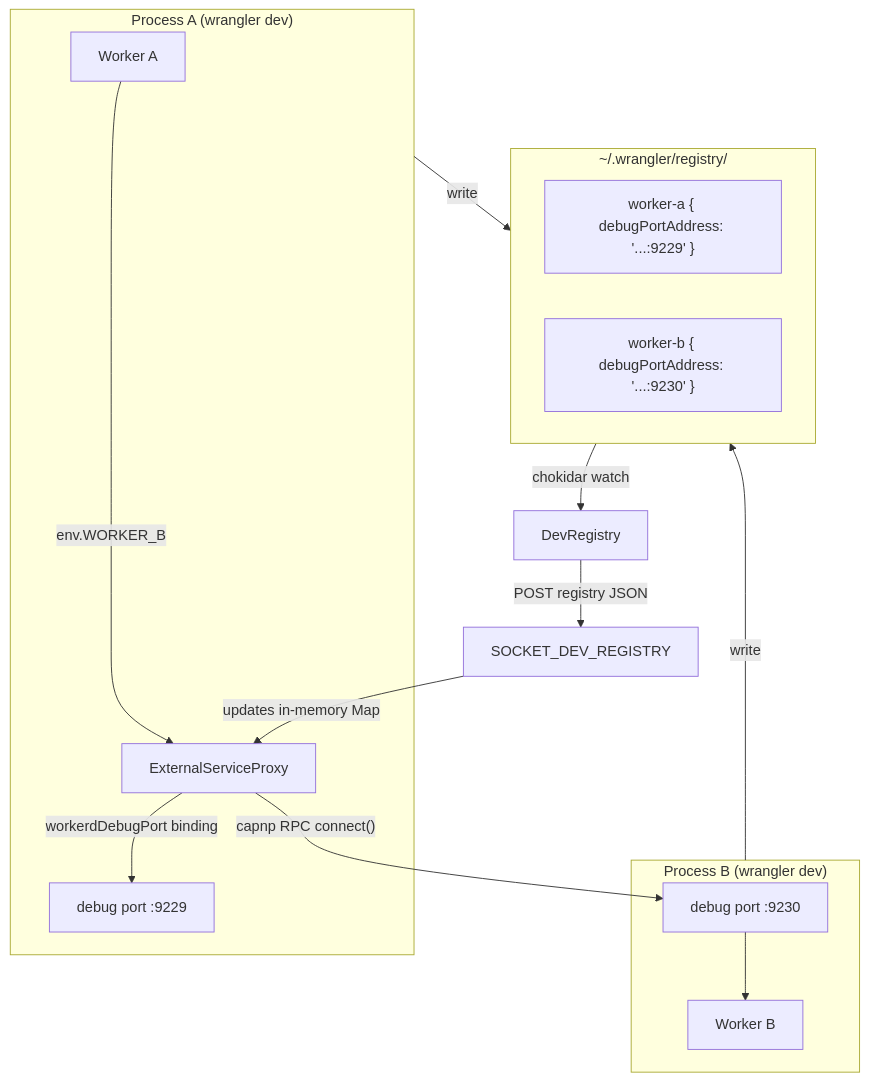
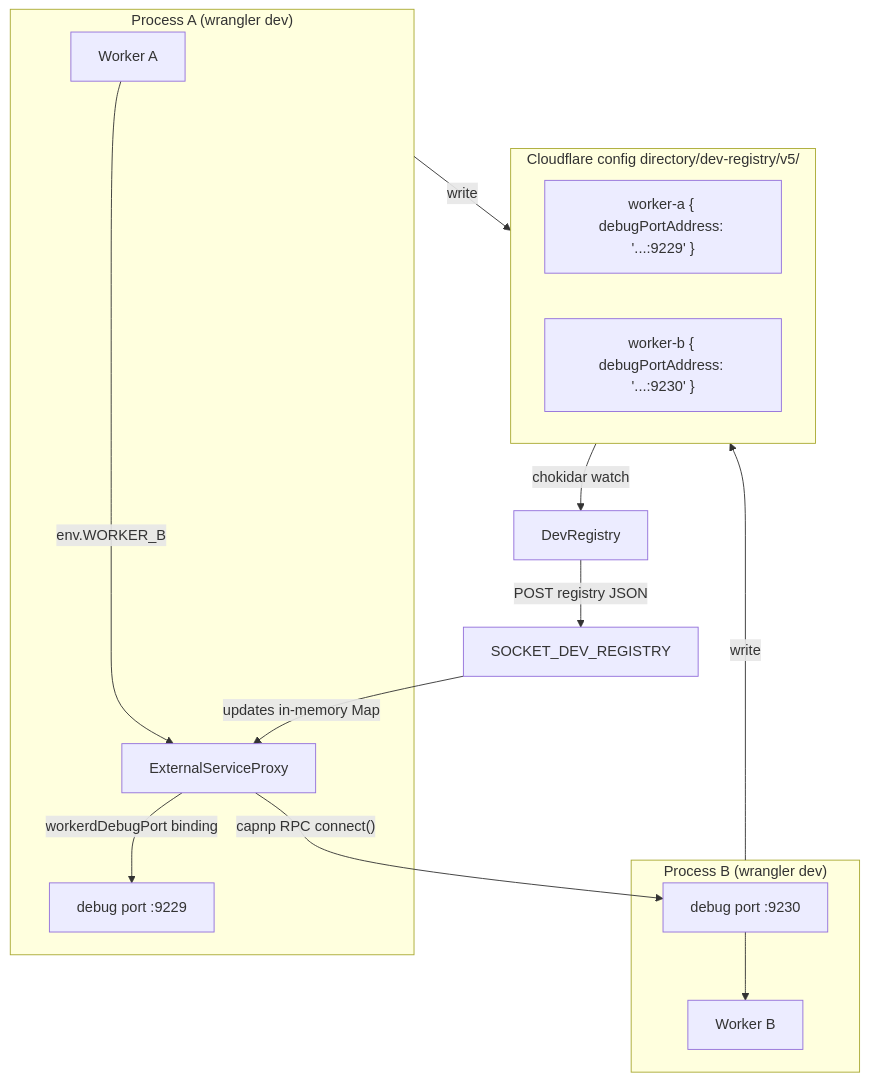
The first of 3 diagrams in packages/miniflare/src/shared/DEV_REGISTRY.md (cloudflare/workers-sdk), drawn with Mermaid before and after one commit. The commit also changed other lines of this file and 11 other files, not shown here.

````diff
--- a/packages/miniflare/src/shared/DEV_REGISTRY.md
+++ b/packages/miniflare/src/shared/DEV_REGISTRY.md
@@ -9,24 +9,24 @@
 ```mermaid
 graph TB
     subgraph procA["Process A (wrangler dev)"]
         A[Worker A] -->|env.WORKER_B| proxy[ExternalServiceProxy]
         proxy -->|workerdDebugPort binding| dpA[debug port :9229]
     end
 
     subgraph procB["Process B (wrangler dev)"]
         dpB[debug port :9230] --> B[Worker B]
     end
 
     proxy -- "capnp RPC connect()" --> dpB
 
-    subgraph fs["~/.wrangler/registry/"]
+    subgraph fs["Cloudflare config directory/dev-registry/v5/"]
         fileA["worker-a { debugPortAddress: '...:9229' }"]
         fileB["worker-b { debugPortAddress: '...:9230' }"]
     end
 
     procA -- "write" --> fs
     procB -- "write" --> fs
     fs -- "chokidar watch" --> devReg[DevRegistry]
     devReg -- "POST registry JSON" --> sock[SOCKET_DEV_REGISTRY]
     sock -- "updates in-memory Map" --> proxy
 ```
````
